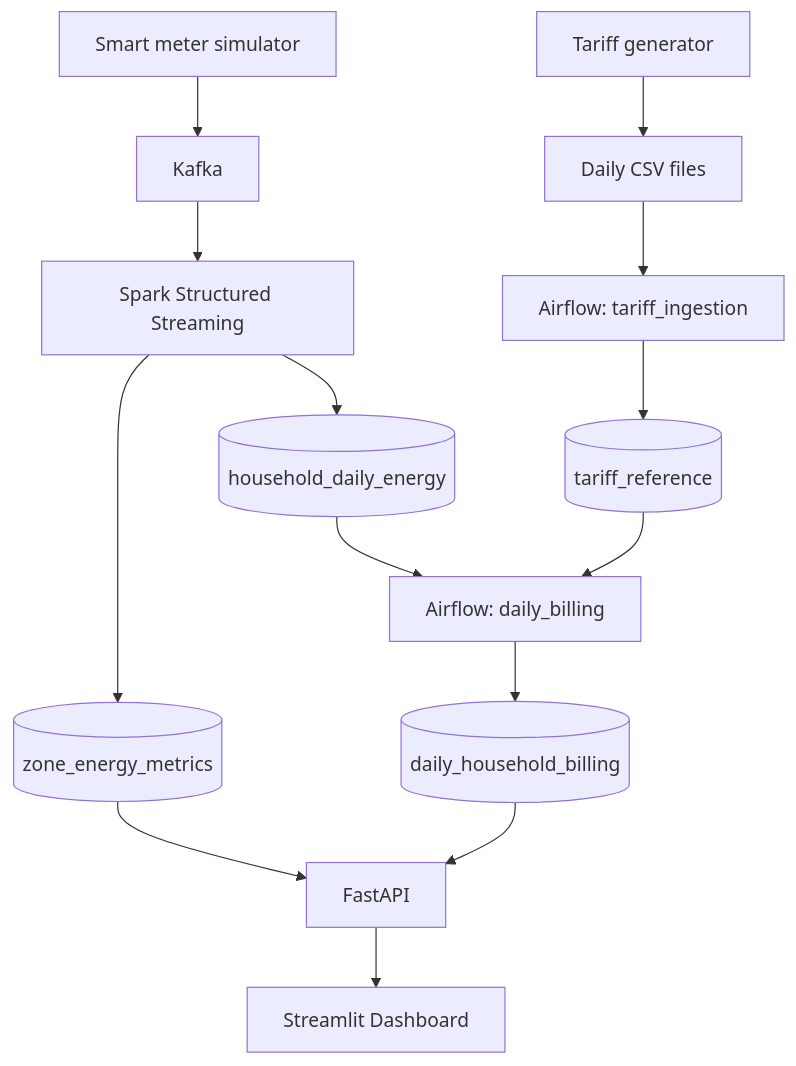
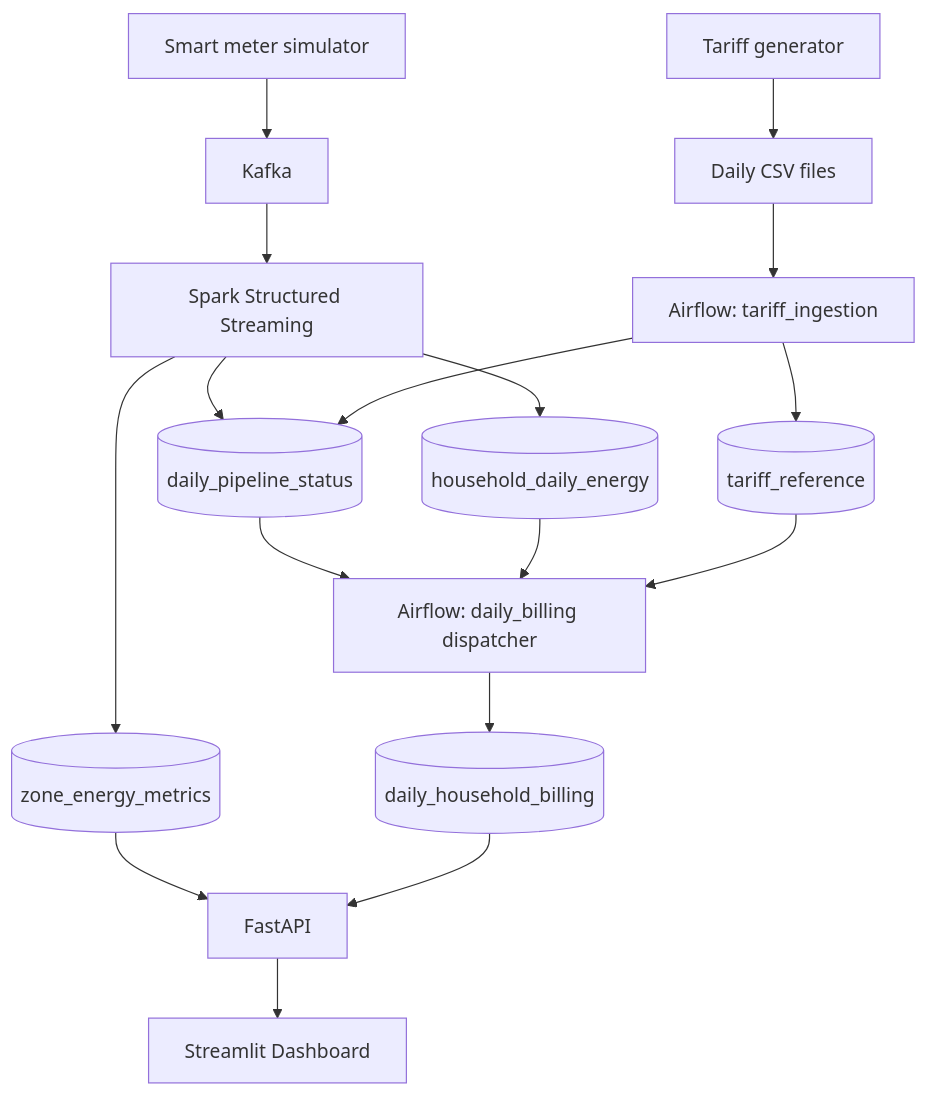
The diagram in README.md (AmiruHoradagoda/smart-grid-data-platform), drawn with Mermaid before and after one commit. The commit also changed other lines of this file and 12 other files, not shown here.

Commit message:
Add durable synchronization for daily billing pipeline

````diff
--- a/README.md
+++ b/README.md
@@ -11,16 +11,19 @@
 ```mermaid
 flowchart TD
     M[Smart meter simulator] --> K[Kafka]
     K --> S[Spark Structured Streaming]
     S --> Z[(zone_energy_metrics)]
     S --> E[(household_daily_energy)]
+    S --> P[(daily_pipeline_status)]
     T[Tariff generator] --> C[Daily CSV files]
     C --> A[Airflow: tariff_ingestion]
     A --> R[(tariff_reference)]
-    E --> B[Airflow: daily_billing]
+    A --> P
+    P --> B[Airflow: daily_billing dispatcher]
+    E --> B
     R --> B
     B --> D[(daily_household_billing)]
     Z --> API[FastAPI]
     D --> API
     API --> Dashboard[Streamlit Dashboard]
 ```
````
